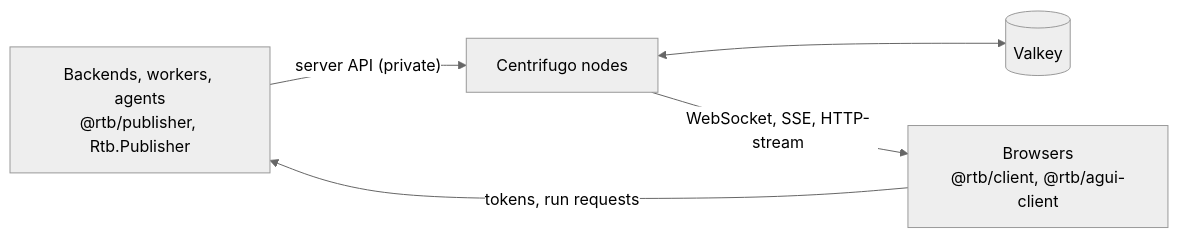
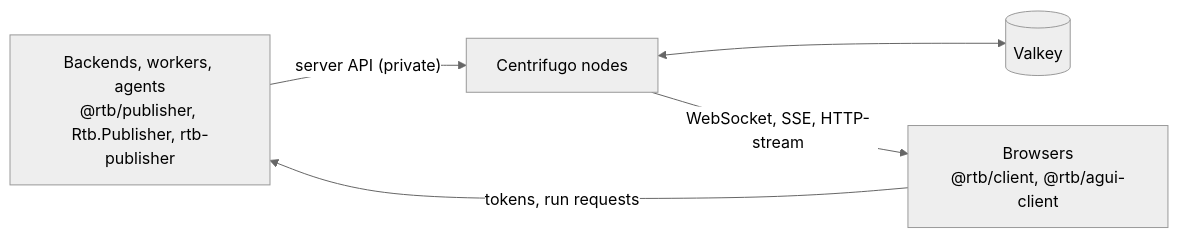
The diagram in README.md (mjczone/realtime-backbone), drawn with Mermaid (neutral theme) before and after one commit. The commit also changed other lines of this file and 16 other files, not shown here.

````diff
--- a/README.md
+++ b/README.md
@@ -7,7 +7,7 @@
 ```mermaid
 flowchart LR
-  pub["Backends, workers, agents<br/>@rtb/publisher, Rtb.Publisher"] -- "server API (private)" --> cf["Centrifugo nodes"]
+  pub["Backends, workers, agents<br/>@rtb/publisher, Rtb.Publisher, rtb-publisher"] -- "server API (private)" --> cf["Centrifugo nodes"]
   cf <--> valkey[("Valkey")]
   cf -- "WebSocket, SSE, HTTP-stream" --> web["Browsers<br/>@rtb/client, @rtb/agui-client"]
   web -- "tokens, run requests" --> pub
 ```
````
